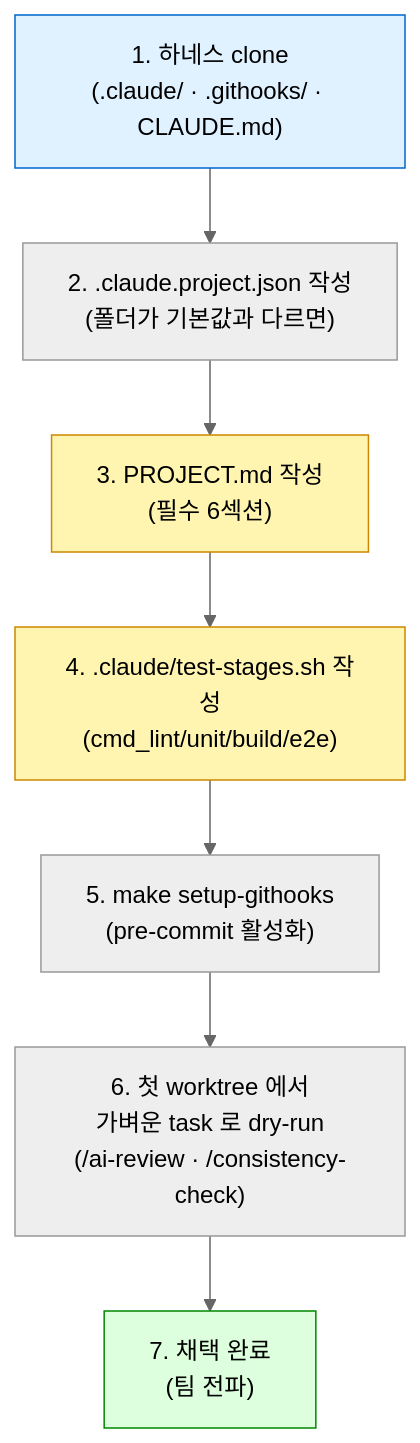
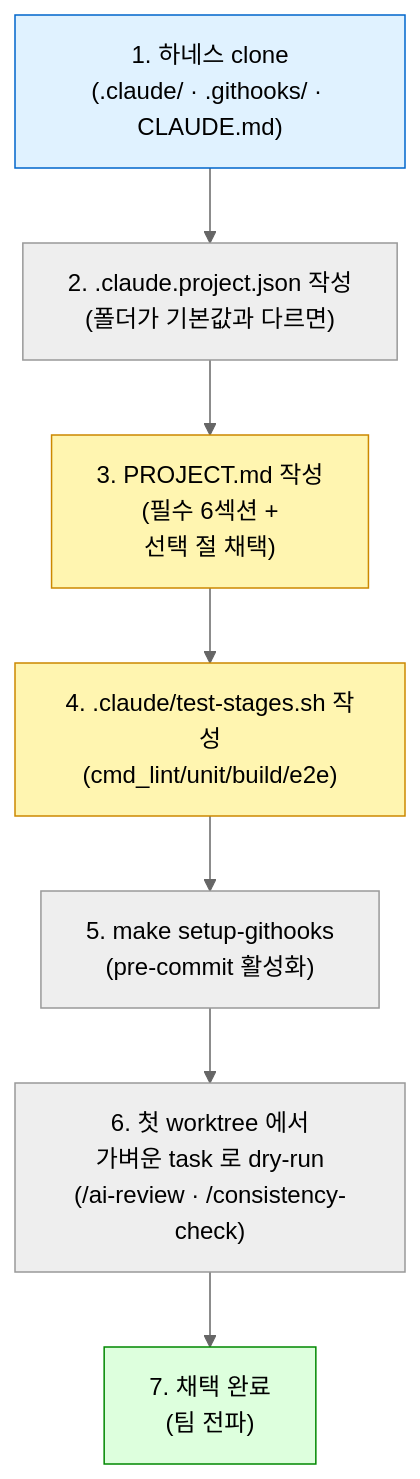
One commit to worker-ants/claude-code-harness changed the eighth of 8 diagrams in OVERVIEW.md. Above: the diagram before and after it, drawn with Mermaid (neutral theme). The commit also changed other lines of this file and 26 other files, not shown here.

````diff
--- a/OVERVIEW.md
+++ b/OVERVIEW.md
@@ -747,14 +754,14 @@
 ```mermaid
 flowchart TD
     A["1. 하네스 clone<br/>(.claude/ · .githooks/ · CLAUDE.md)"] --> B["2. .claude.project.json 작성<br/>(폴더가 기본값과 다르면)"]
-    B --> C["3. PROJECT.md 작성<br/>(필수 6섹션)"]
+    B --> C["3. PROJECT.md 작성<br/>(필수 6섹션 +<br/>선택 절 채택)"]
     C --> C2["4. .claude/test-stages.sh 작성<br/>(cmd_lint/unit/build/e2e)"]
     C2 --> D["5. make setup-githooks<br/>(pre-commit 활성화)"]
     D --> E["6. 첫 worktree 에서<br/>가벼운 task 로 dry-run<br/>(/ai-review · /consistency-check)"]
     E --> F["7. 채택 완료<br/>(팀 전파)"]
 
     style A fill:#e0f2ff,stroke:#06c
     style C fill:#fff5b0,stroke:#c80
     style C2 fill:#fff5b0,stroke:#c80
     style F fill:#dfd,stroke:#080
 ```
````
